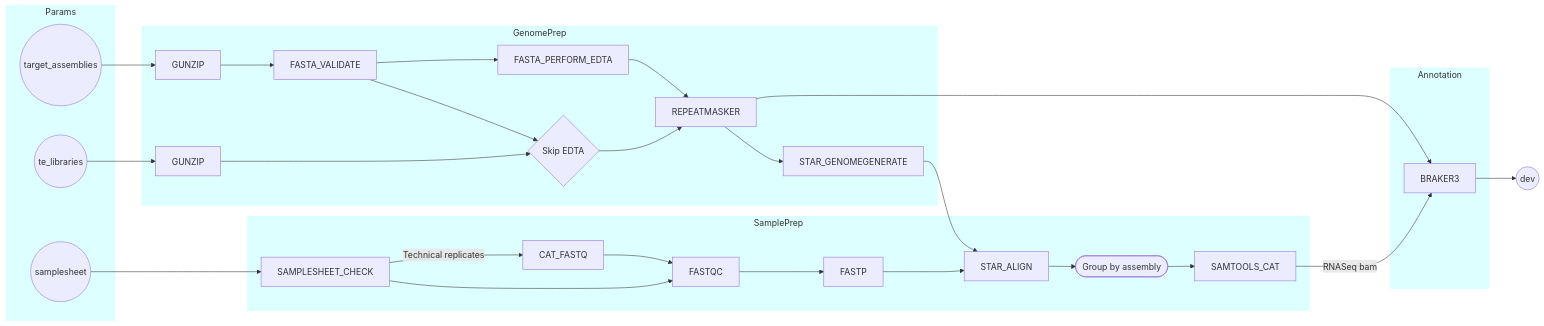
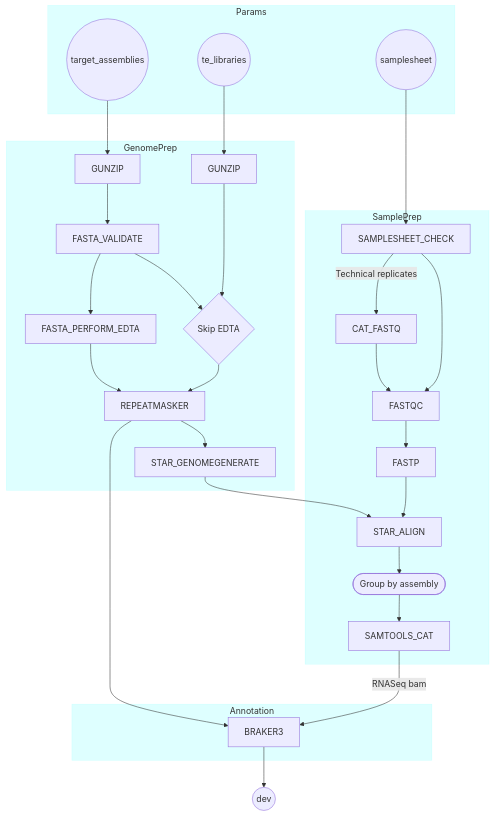
One commit to rosscrowhurst/genepal changed the diagram in README.md. Above: the diagram before and after it, drawn with Mermaid.

Commit message:
Updated flowchart

````diff
--- a/README.md
+++ b/README.md
@@ -6,69 +6,69 @@
 ```mermaid
-flowchart LR
+flowchart TD
     TARGET_ASSEMBLIES((target_assemblies))
     TE_LIBRARIES((te_libraries))
     SAMPLESHEET((samplesheet))
     GUNZIP_TE[GUNZIP]
     SKIP_EDTA{Skip EDTA}
     pend((dev))
     
     TARGET_ASSEMBLIES --> GUNZIP
     GUNZIP --> FASTA_VALIDATE
     FASTA_VALIDATE --> FASTA_PERFORM_EDTA
     FASTA_VALIDATE --> SKIP_EDTA
     
     TE_LIBRARIES --> GUNZIP_TE
     GUNZIP_TE --> SKIP_EDTA
     SKIP_EDTA --> REPEATMASKER
     FASTA_PERFORM_EDTA --> REPEATMASKER
     REPEATMASKER --> BRAKER3
     REPEATMASKER --> STAR_GENOMEGENERATE
 
     SAMPLESHEET --> SAMPLESHEET_CHECK
     SAMPLESHEET_CHECK --> |Technical replicates|CAT_FASTQ
     CAT_FASTQ --> FASTQC
     SAMPLESHEET_CHECK --> FASTQC
     FASTQC --> FASTP
     FASTP --> STAR_ALIGN
     STAR_GENOMEGENERATE --> STAR_ALIGN
     STAR_ALIGN --> GROUP_BY_ASSEMBLY([Group by assembly])
     GROUP_BY_ASSEMBLY --> SAMTOOLS_CAT
     SAMTOOLS_CAT --> |RNASeq bam|BRAKER3
 
     BRAKER3 --> pend
 
     subgraph Params
     TARGET_ASSEMBLIES
     TE_LIBRARIES
     SAMPLESHEET
     end
 
     subgraph GenomePrep
     GUNZIP
     FASTA_VALIDATE
     GUNZIP_TE
     FASTA_PERFORM_EDTA
     SKIP_EDTA
     REPEATMASKER
     STAR_GENOMEGENERATE
     end
 
     subgraph SamplePrep
     SAMPLESHEET_CHECK
     CAT_FASTQ
     FASTQC
     FASTP
     STAR_ALIGN
     GROUP_BY_ASSEMBLY
     SAMTOOLS_CAT
     end
 
     subgraph Annotation
     BRAKER3
     end
 
     style Params fill:#00FFFF21,stroke:#00FFFF21
     style GenomePrep fill:#00FFFF21,stroke:#00FFFF21
     style SamplePrep fill:#00FFFF21,stroke:#00FFFF21
     style Annotation fill:#00FFFF21,stroke:#00FFFF21
 ```
````
